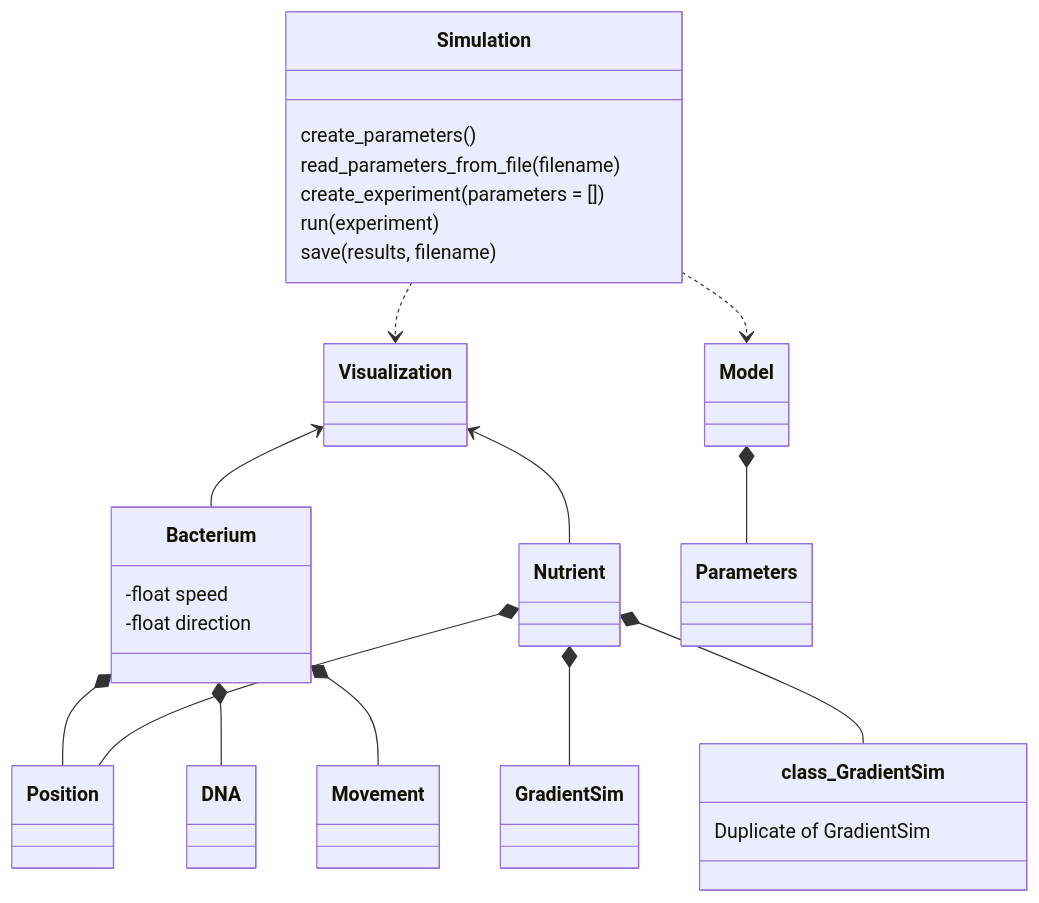
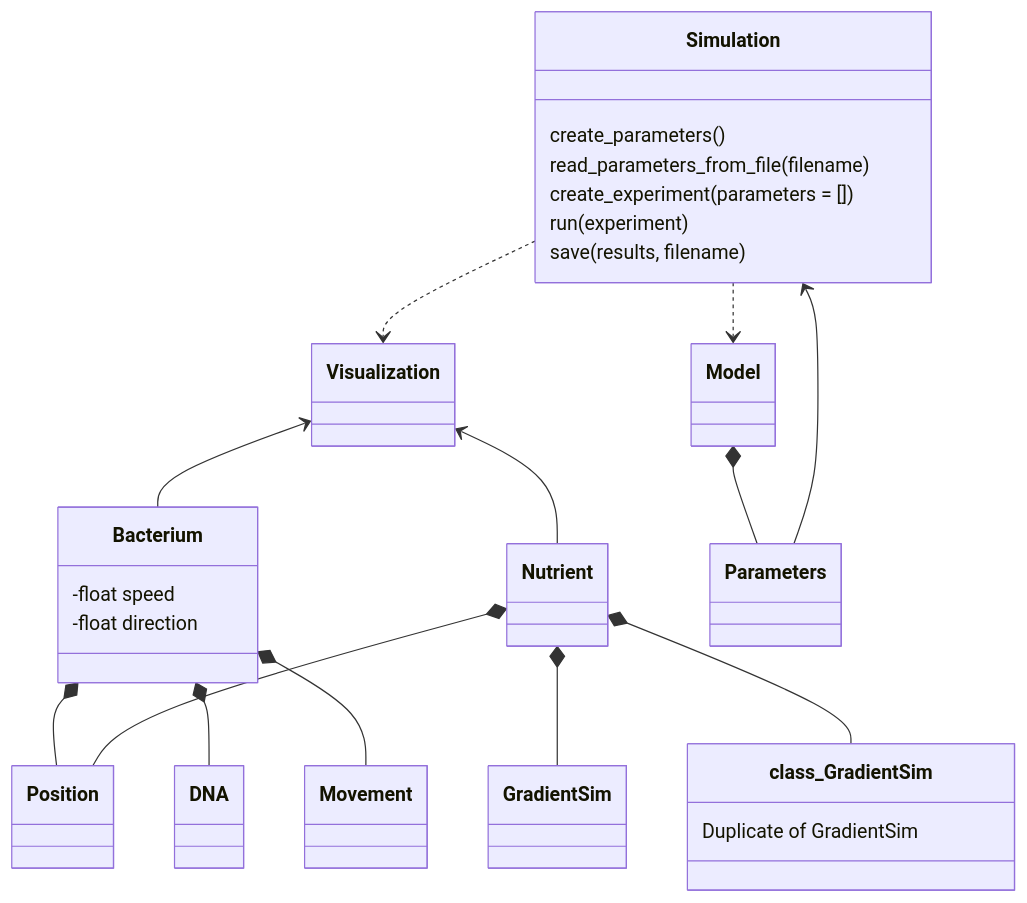
Before and after one commit to programming-formalisms/programming_formalisms_project_summer_2024: the diagram in learners/monika/design.md, drawn with Mermaid.

````diff
--- a/learners/monika/design.md
+++ b/learners/monika/design.md
@@ -1,70 +1,71 @@
 ```mermaid
 classDiagram
 
 class Bacterium{
         -float speed
         -float direction
                }
 
   class DNA {
     
   }
 
   class GradientSim {
     
   }
 
  class class_GradientSim {
     Duplicate of GradientSim
     
   }
 
   class Model {
     
   }
 
   class Movement {
     
   }
 
   class Nutrient {
     
   }
 
   class Parameters {
     
   }
 
   class Position {
     
   }
 
   class Simulation {
     create_parameters()
     read_parameters_from_file(filename)
     create_experiment(parameters = [])
     run(experiment)
     save(results, filename)
   }
 
   class Visualization {
     
   }
 
 Bacterium *-- Position
 Visualization <-- Bacterium
 
 Nutrient *-- Position
 Nutrient *-- GradientSim
 Nutrient *-- class_GradientSim
 
 Visualization <-- Nutrient
 
 Bacterium *-- DNA
 Bacterium *-- Movement
 
 Model *-- Parameters
 Simulation ..> Model
 Simulation ..> Visualization
+Simulation <-- Parameters
 
 ```
````
